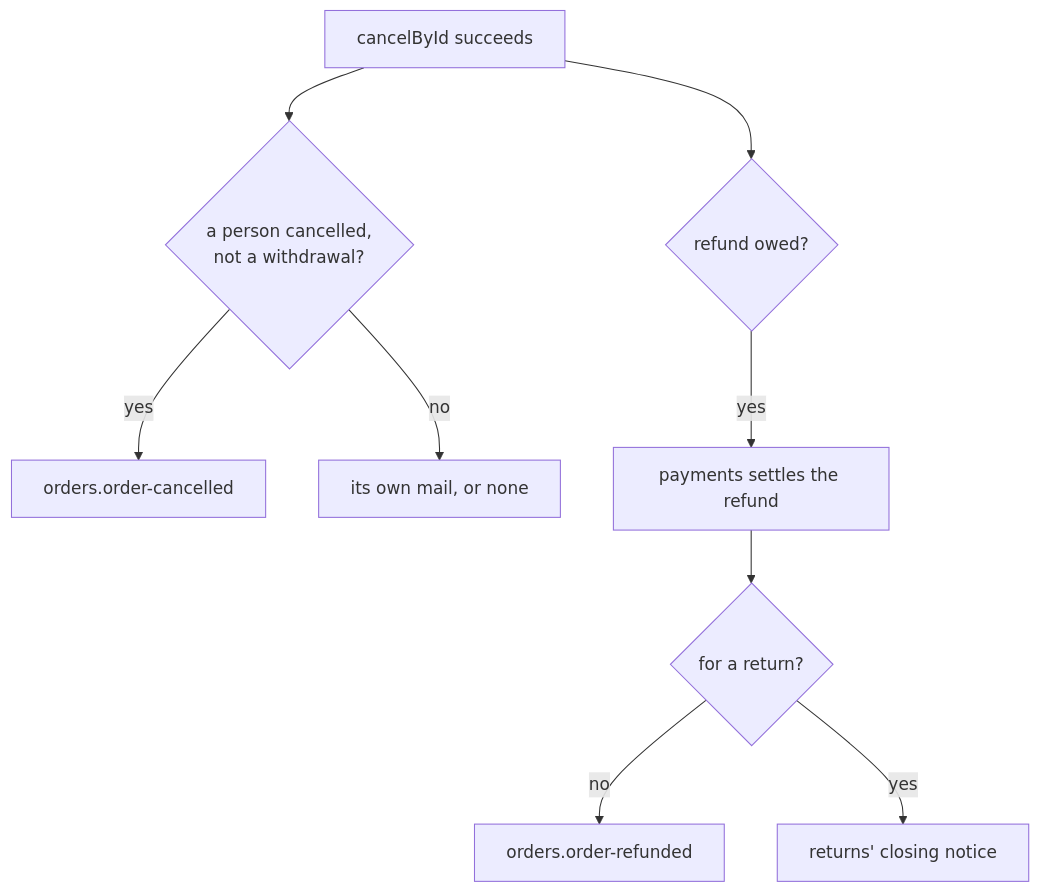
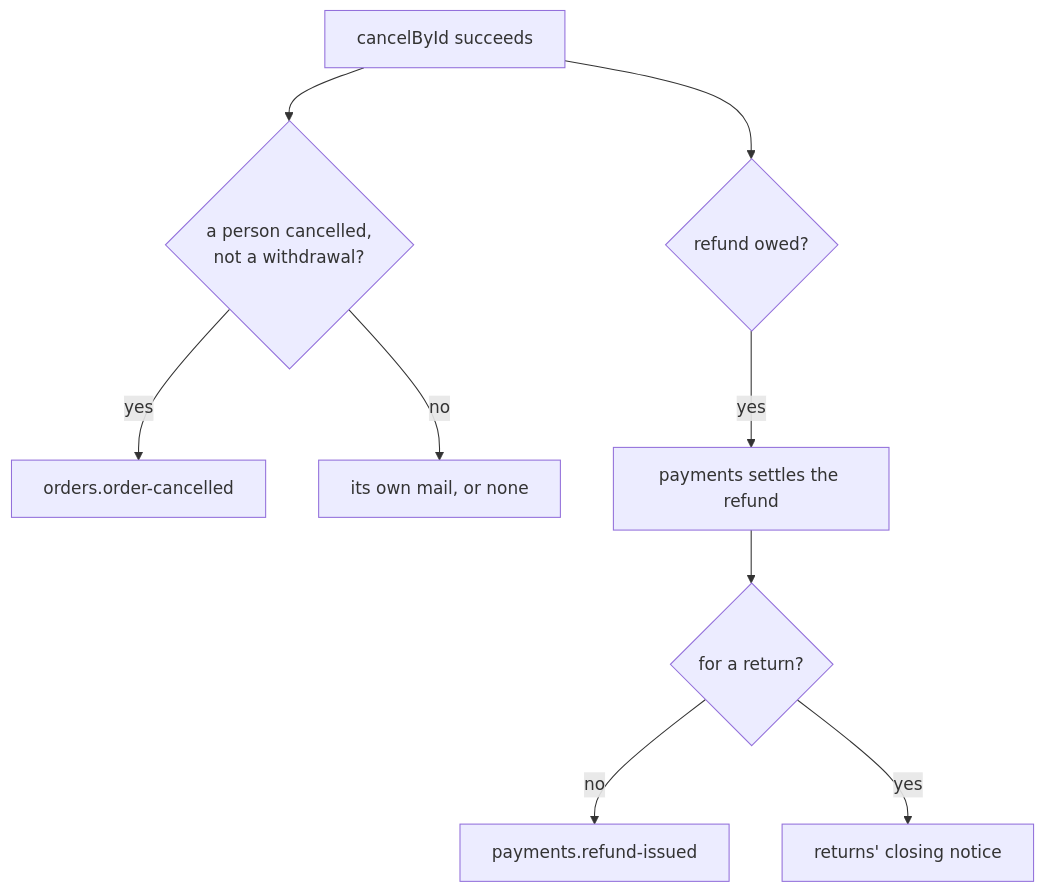
One commit to Guebbit/boilerplate-node-backend changed the seventh of 7 diagrams in docs/modules/orders.md. Above: the diagram before and after it, drawn with Mermaid. The commit also changed other lines of this file and 22 other files, not shown here.

Commit message:
refactor(payments): own the paid and refund mails, sent from its own event listeners

````diff
--- a/docs/modules/orders.md
+++ b/docs/modules/orders.md
@@ -558,11 +558,11 @@
 ```mermaid
 flowchart TD
     cancel["cancelById succeeds"] --> person{"a person cancelled,<br/>not a withdrawal?"}
     person -- yes --> cancelled["orders.order-cancelled"]
     person -- no --> own["its own mail, or none"]
     cancel --> owed{"refund owed?"}
     owed -- yes --> refund["payments settles the refund"]
     refund --> ret{"for a return?"}
-    ret -- no --> refunded["orders.order-refunded"]
+    ret -- no --> refunded["payments.refund-issued"]
     ret -- yes --> closed["returns' closing notice"]
 ```
````
